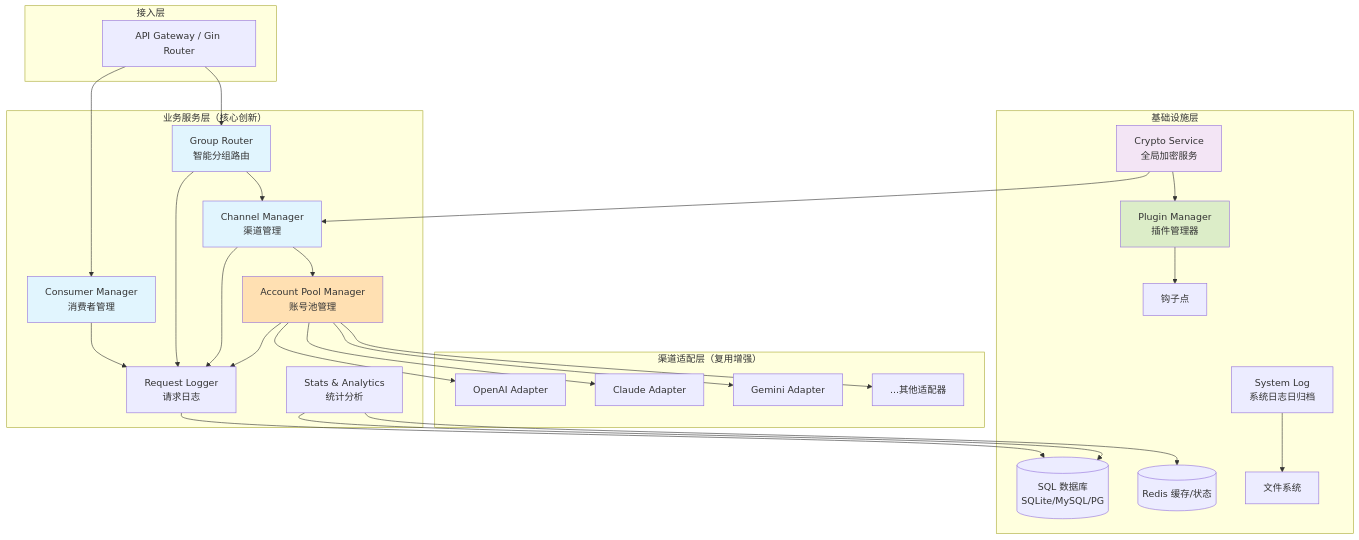
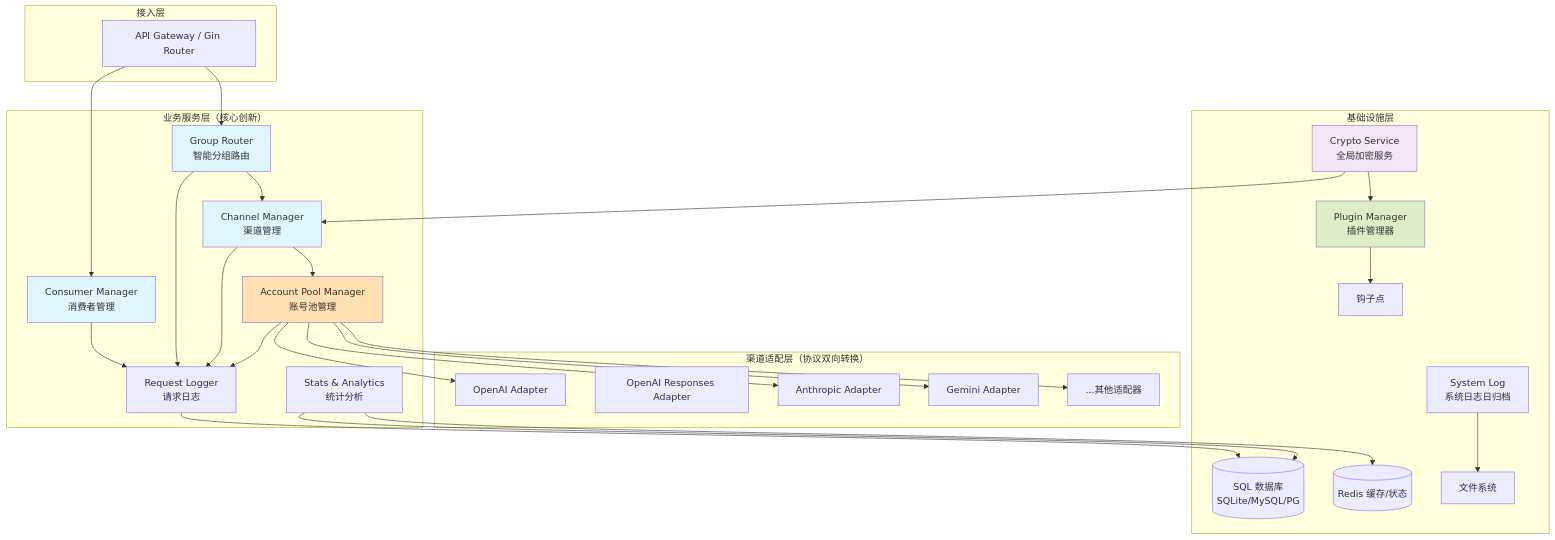
The first of 4 diagrams in docs/architecture/01-总体设计方案.md (silestar/AIGateway), drawn with Mermaid before and after one commit. The commit also changed other lines of this file and 109 other files, not shown here.

````diff
--- a/docs/architecture/01-总体设计方案.md
+++ b/docs/architecture/01-总体设计方案.md
@@ -29,47 +31,48 @@
 ```mermaid
 graph TB
     subgraph 接入层
         A[API Gateway / Gin Router]
     end
     subgraph "业务服务层（核心创新）"
         B[Consumer Manager<br/>消费者管理]
         C[Group Router<br/>智能分组路由]
         D[Channel Manager<br/>渠道管理]
         E[Account Pool Manager<br/>账号池管理]
         F[Stats & Analytics<br/>统计分析]
         G[Request Logger<br/>请求日志]
     end
-    subgraph "渠道适配层（复用增强）"
+    subgraph "渠道适配层（协议双向转换）"
         H[OpenAI Adapter]
-        I[Claude Adapter]
+        H2[OpenAI Responses Adapter]
+        I[Anthropic Adapter]
         J[Gemini Adapter]
         K[...其他适配器]
     end
     subgraph "基础设施层"
         L[(SQL 数据库<br/>SQLite/MySQL/PG)]
         M[(Redis 缓存/状态)]
         N[System Log<br/>系统日志日归档]
         O[Plugin Manager<br/>插件管理器]
         P[Crypto Service<br/>全局加密服务]
         FS[文件系统]
         HP[钩子点]
     end
     A --> B
     A --> C
     C --> D
     D --> E
     E --> H & I & J & K
     B & C & D & E --> G
     G --> L
     F --> L & M
     N --> FS
     O --> HP
     P --> D
     P --> O
     style B fill:#e1f5fe
     style C fill:#e1f5fe
     style D fill:#e1f5fe
     style E fill:#ffe0b2
     style O fill:#dcedc8
     style P fill:#f3e5f5
 ```
````
